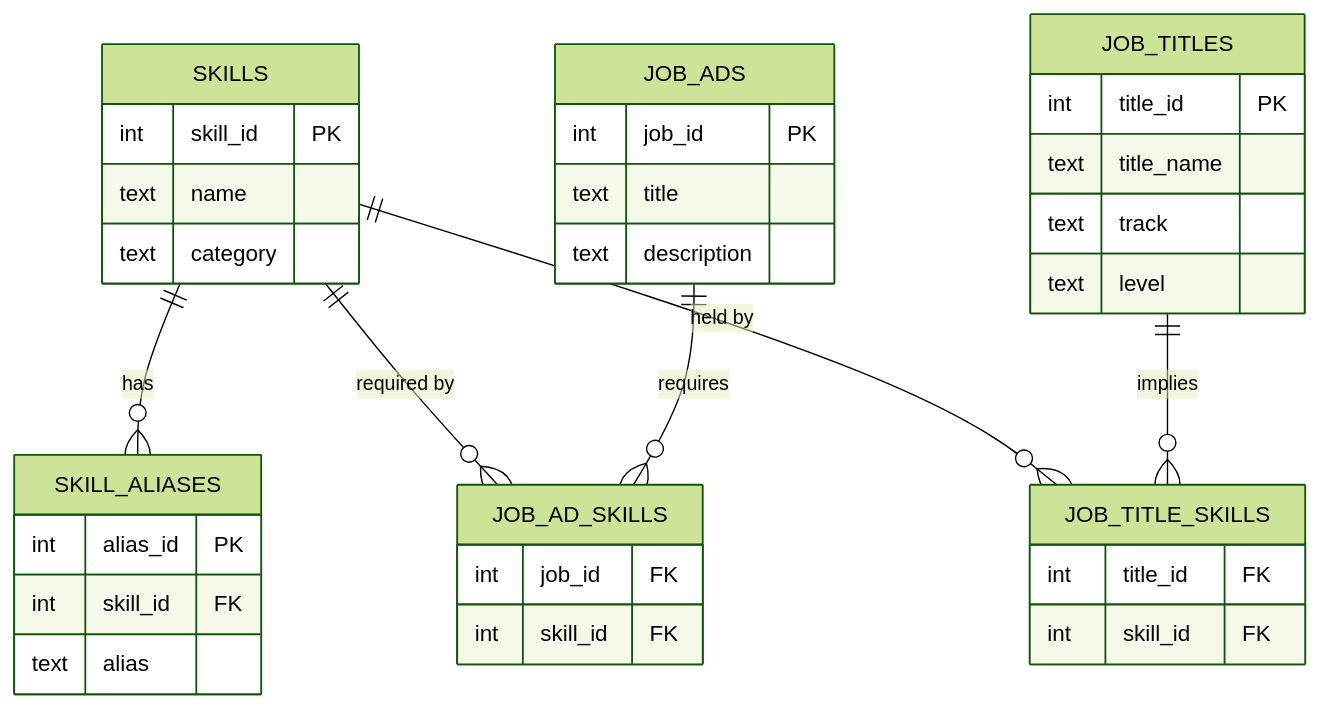
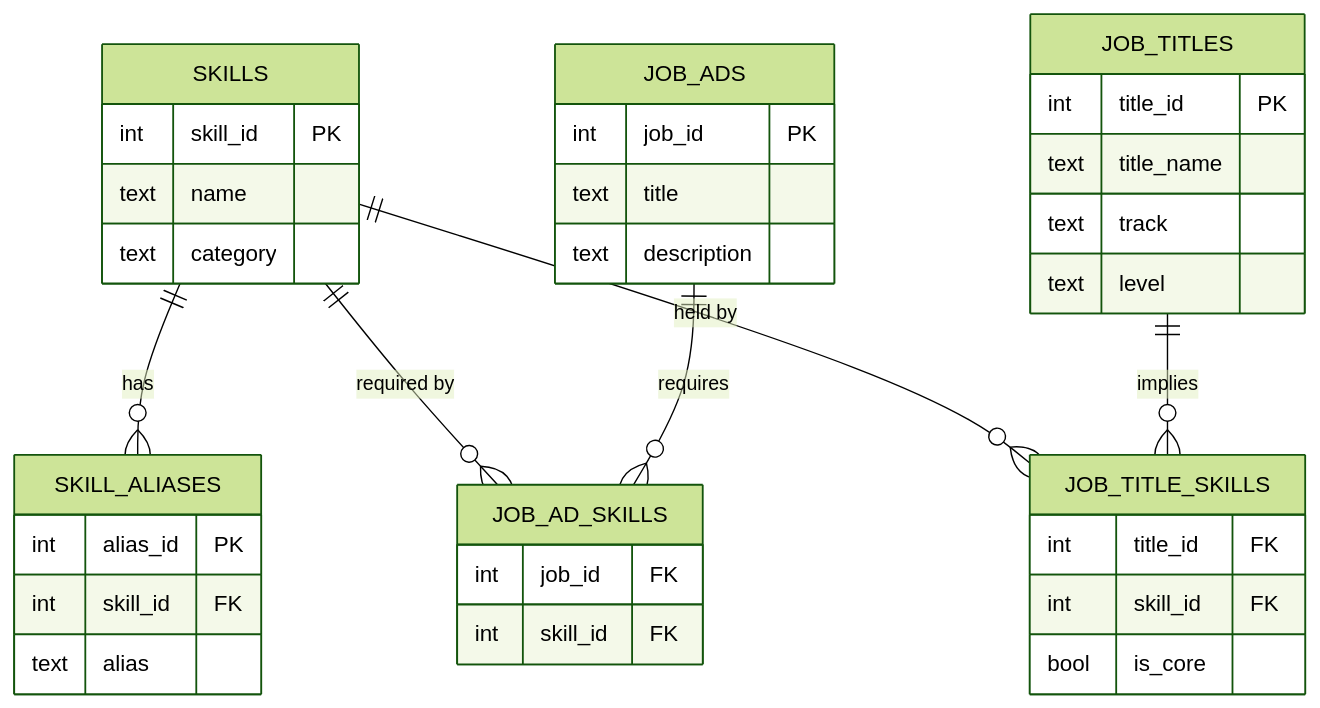
One commit to plokm1234/skill-matcher changed the second of 2 diagrams in README.md. Above: the diagram before and after it, drawn with Mermaid (forest theme). The commit also changed other lines of this file, not shown here.

First line of the commit message:
Update README ER diagram with job_title_skills.is_core

````diff
--- a/README.md
+++ b/README.md
@@ -39,38 +39,39 @@
 ```mermaid
 erDiagram
     SKILLS ||--o{ SKILL_ALIASES : has
     SKILLS ||--o{ JOB_AD_SKILLS : "required by"
     SKILLS ||--o{ JOB_TITLE_SKILLS : "held by"
     JOB_ADS ||--o{ JOB_AD_SKILLS : requires
     JOB_TITLES ||--o{ JOB_TITLE_SKILLS : implies
 
     SKILLS {
         int skill_id PK
         text name
         text category
     }
     SKILL_ALIASES {
         int alias_id PK
         int skill_id FK
         text alias
     }
     JOB_ADS {
         int job_id PK
         text title
         text description
     }
     JOB_TITLES {
         int title_id PK
         text title_name
         text track
         text level
     }
     JOB_AD_SKILLS {
         int job_id FK
         int skill_id FK
     }
     JOB_TITLE_SKILLS {
         int title_id FK
         int skill_id FK
+        bool is_core
     }
 ```
````
